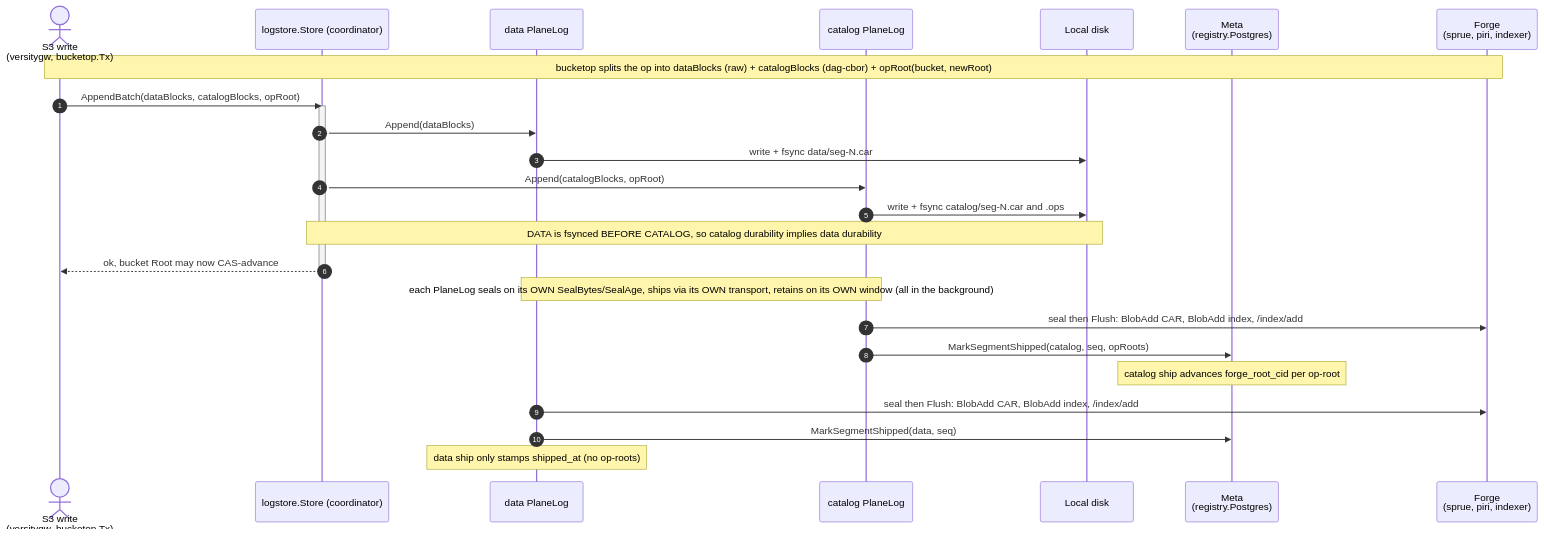
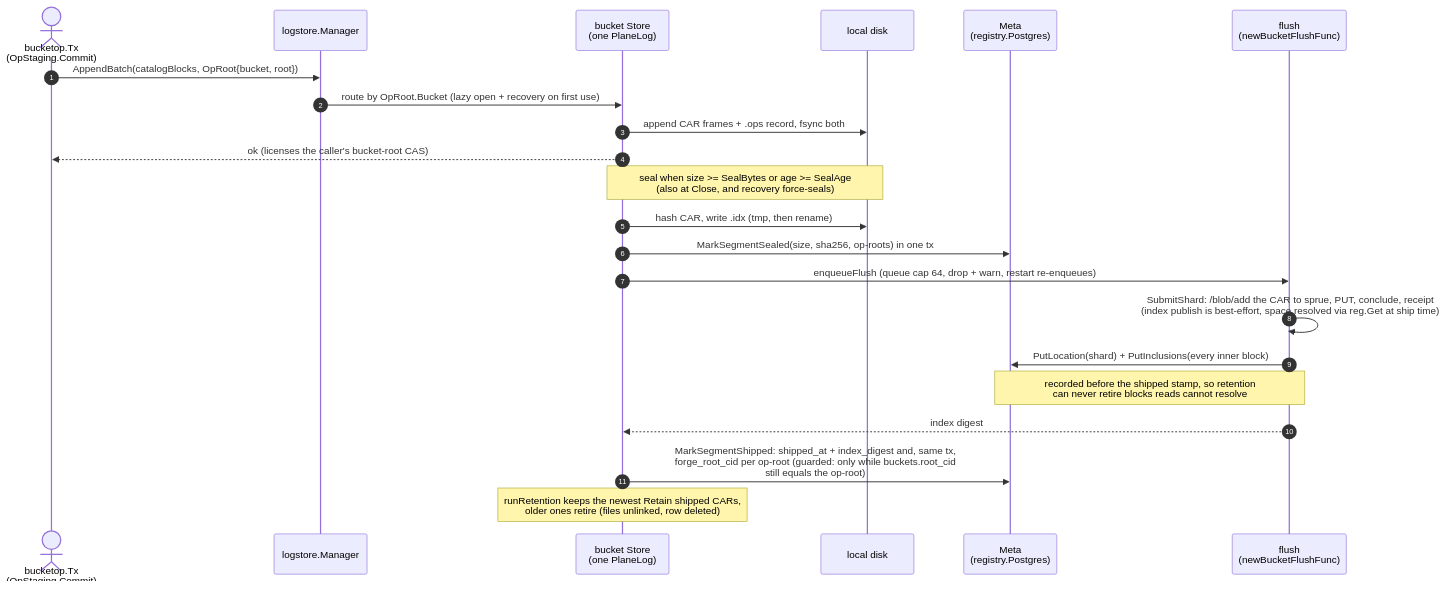
One commit to fil-forge/ingot changed the first of 2 diagrams in logstore/README.md. Above: the diagram before and after it, drawn with Mermaid. The commit also changed other lines of this file and 9 other files, not shown here.

Commit message:
docs: improve docs and add diagrams

````diff
--- a/logstore/README.md
+++ b/logstore/README.md
@@ -53,33 +56,27 @@
 ```mermaid
 sequenceDiagram
     autonumber
-    actor C as S3 write<br/>(versitygw, bucketop.Tx)
-    participant ST as logstore.Store (coordinator)
-    participant DP as data PlaneLog
-    participant KP as catalog PlaneLog
-    participant FS as Local disk
-    participant M as Meta<br/>(registry.Postgres)
-    participant FG as Forge<br/>(sprue, piri, indexer)
+    actor C as bucketop.Tx<br/>(OpStaging.Commit)
+    participant M as logstore.Manager
+    participant S as bucket Store<br/>(one PlaneLog)
+    participant FS as local disk
+    participant DB as Meta<br/>(registry.Postgres)
+    participant F as flush<br/>(newBucketFlushFunc)
 
-    Note over C,FG: bucketop splits the op into dataBlocks (raw) + catalogBlocks (dag-cbor) + opRoot(bucket, newRoot)
+    C->>M: AppendBatch(catalogBlocks, OpRoot{bucket, root})
+    M->>S: route by OpRoot.Bucket (lazy open + recovery on first use)
+    S->>FS: append CAR frames + .ops record, fsync both
+    S-->>C: ok (licenses the caller's bucket-root CAS)
 
-    C->>ST: AppendBatch(dataBlocks, catalogBlocks, opRoot)
-    activate ST
-    ST->>DP: Append(dataBlocks)
-    DP->>FS: write + fsync data/seg-N.car
-    ST->>KP: Append(catalogBlocks, opRoot)
-    KP->>FS: write + fsync catalog/seg-N.car and .ops
-    Note over ST,FS: DATA is fsynced BEFORE CATALOG, so catalog durability implies data durability
-    ST-->>C: ok, bucket Root may now CAS-advance
-    deactivate ST
+    Note over S,FS: seal when size >= SealBytes or age >= SealAge<br/>(also at Close, and recovery force-seals)
+    S->>FS: hash CAR, write .idx (tmp, then rename)
+    S->>DB: MarkSegmentSealed(size, sha256, op-roots) in one tx
+    S->>F: enqueueFlush (queue cap 64, drop + warn, restart re-enqueues)
 
-    Note over DP,KP: each PlaneLog seals on its OWN SealBytes/SealAge, ships via its OWN transport, retains on its OWN window (all in the background)
-
-    KP->>FG: seal then Flush: BlobAdd CAR, BlobAdd index, /index/add
-    KP->>M: MarkSegmentShipped(catalog, seq, opRoots)
-    Note over M: catalog ship advances forge_root_cid per op-root
-
-    DP->>FG: seal then Flush: BlobAdd CAR, BlobAdd index, /index/add
-    DP->>M: MarkSegmentShipped(data, seq)
-    Note over DP: data ship only stamps shipped_at (no op-roots)
+    F->>F: SubmitShard: /blob/add the CAR to sprue, PUT, conclude, receipt<br/>(index publish is best-effort, space resolved via reg.Get at ship time)
+    F->>DB: PutLocation(shard) + PutInclusions(every inner block)
+    Note over F,DB: recorded before the shipped stamp, so retention<br/>can never retire blocks reads cannot resolve
+    F-->>S: index digest
+    S->>DB: MarkSegmentShipped: shipped_at + index_digest and, same tx,<br/>forge_root_cid per op-root (guarded: only while buckets.root_cid<br/>still equals the op-root)
+    Note over S: runRetention keeps the newest Retain shipped CARs,<br/>older ones retire (files unlinked, row deleted)
 ```
````
